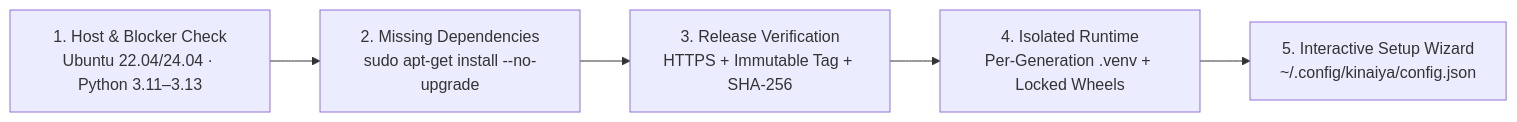
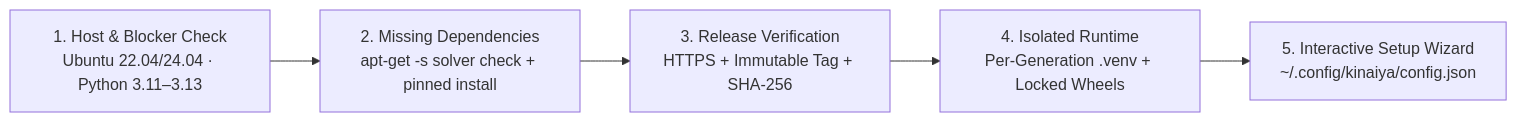
One commit to rgoza1996/Kinaiya changed the second of 3 diagrams in README.md. Above: the diagram before and after it, drawn with Mermaid. The commit also changed other lines of this file and 7 other files, not shown here.

Commit message:
fix(installer): enforce strict APT solver no-upgrade/no-remove/no-downgrade policy (#336)

````diff
--- a/README.md
+++ b/README.md
@@ -111,7 +111,7 @@
 ```mermaid
 flowchart LR
-    A["1. Host & Blocker Check<br/>Ubuntu 22.04/24.04 · Python 3.11–3.13"] --> B["2. Missing Dependencies<br/>sudo apt-get install --no-upgrade"]
+    A["1. Host & Blocker Check<br/>Ubuntu 22.04/24.04 · Python 3.11–3.13"] --> B["2. Missing Dependencies<br/>apt-get -s solver check + pinned install"]
     B --> C["3. Release Verification<br/>HTTPS + Immutable Tag + SHA-256"]
     C --> D["4. Isolated Runtime<br/>Per-Generation .venv + Locked Wheels"]
     D --> E["5. Interactive Setup Wizard<br/>~/.config/kinaiya/config.json"]
 ```
````
